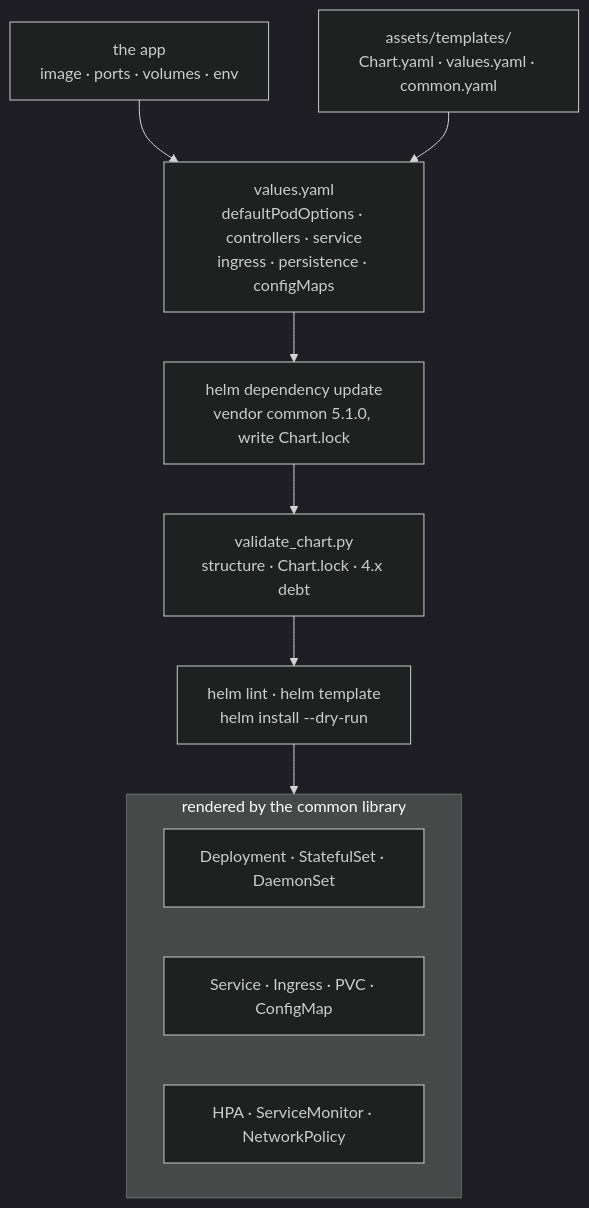
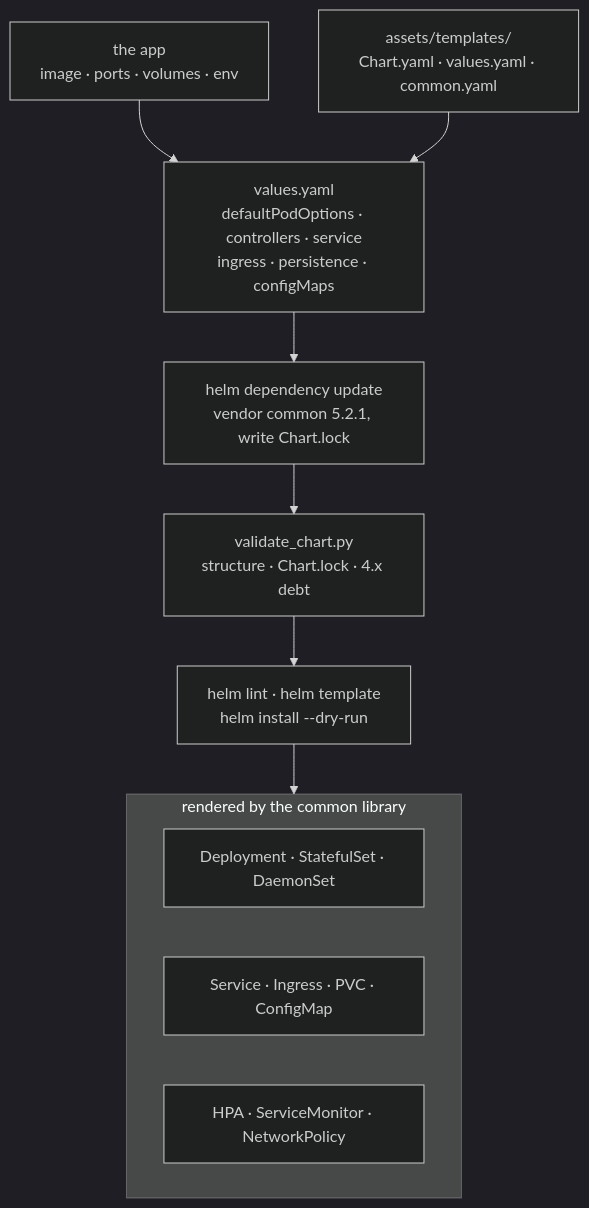
One commit to obeone/claude-skills changed the diagram in skills/helm-bjw-s-chart/README.md. Above: the diagram before and after it, drawn with Mermaid (dark theme). The commit also changed other lines of this file and 2 other files, not shown here.

First line of the commit message:
docs(helm-bjw-s-chart): sync default pin to common 5.2.1

````diff
--- a/skills/helm-bjw-s-chart/README.md
+++ b/skills/helm-bjw-s-chart/README.md
@@ -143,19 +144,19 @@
 ```mermaid
 flowchart TB
     APP["the app<br/>image · ports · volumes · env"] --> VALUES
     TPL["assets/templates/<br/>Chart.yaml · values.yaml · common.yaml"] --> VALUES
 
     VALUES["values.yaml<br/>defaultPodOptions · controllers · service<br/>ingress · persistence · configMaps"]
 
-    VALUES --> DEP["helm dependency update<br/>vendor common 5.1.0, write Chart.lock"]
+    VALUES --> DEP["helm dependency update<br/>vendor common 5.2.1, write Chart.lock"]
     DEP --> VAL["validate_chart.py<br/>structure · Chart.lock · 4.x debt"]
     VAL --> RENDER["helm lint · helm template<br/>helm install --dry-run"]
 
     subgraph OUT["rendered by the common library"]
         O1["Deployment · StatefulSet · DaemonSet"]
         O2["Service · Ingress · PVC · ConfigMap"]
         O3["HPA · ServiceMonitor · NetworkPolicy"]
     end
 
     RENDER --> OUT
 ```
````
